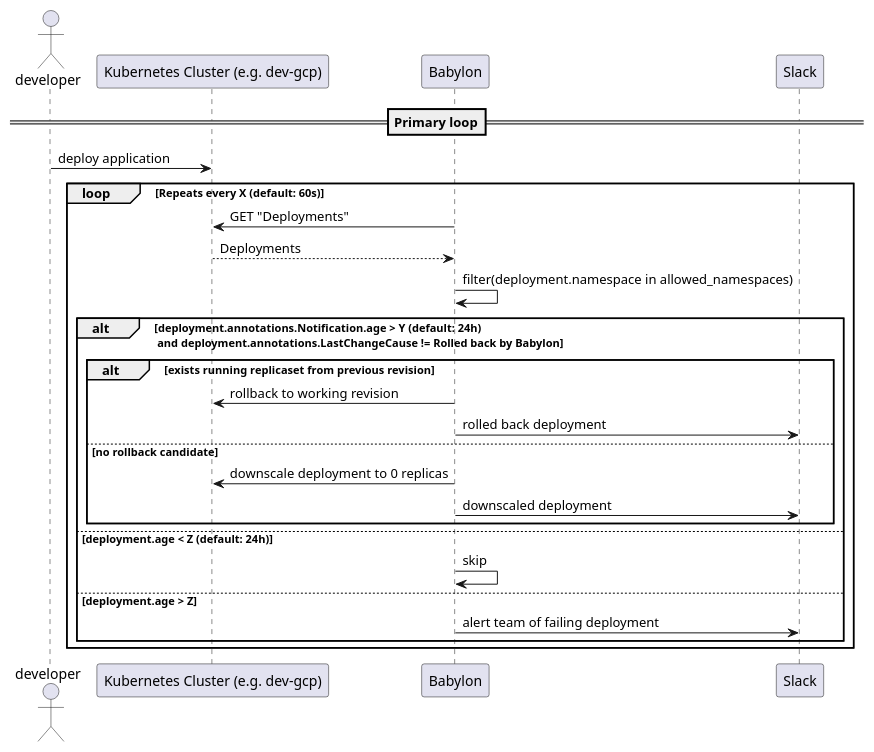
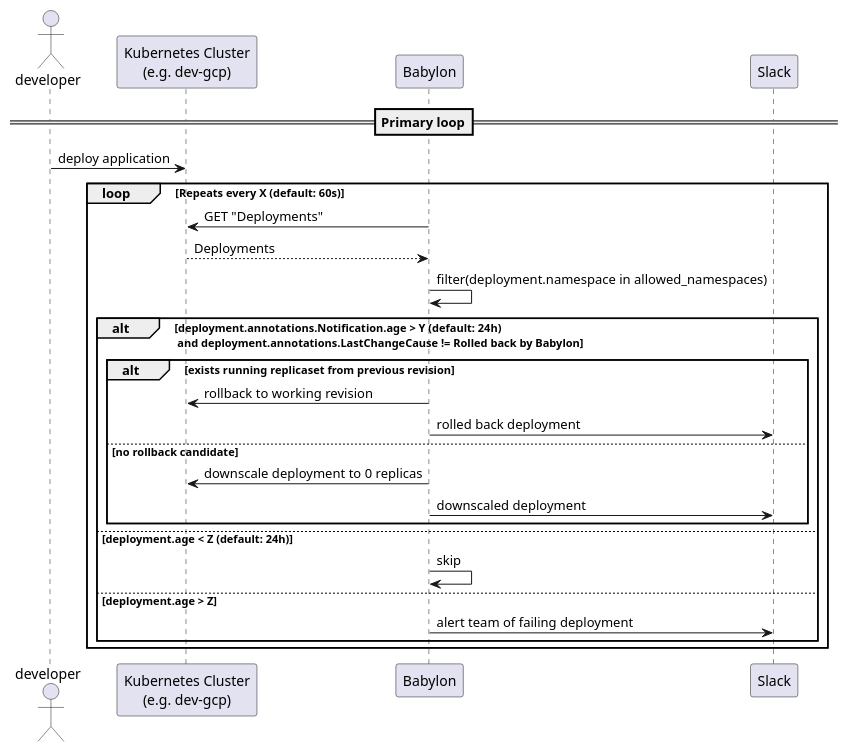
Before and after one commit to nais/babylon: the diagram in docs/flow.puml, drawn with PlantUML. The commit also changed 1 other file, not shown here.

```diff
--- a/docs/flow.puml
+++ b/docs/flow.puml
@@ -1,37 +1,37 @@
 @startuml babylon-flow 
 actor developer as developer
-participant k8s as "Kubernetes Cluster (e.g. dev-gcp)"
+participant k8s as "Kubernetes Cluster\n(e.g. dev-gcp)"
 participant babylon as "Babylon"
 participant alertmanager as "Slack"
 ==Primary loop==
 developer -> k8s: deploy application 
 loop Repeats every X (default: 60s)
 babylon -> k8s: GET "Deployments"
 return Deployments
 babylon -> babylon: filter(deployment.namespace in allowed_namespaces)
 
 alt deployment.annotations.Notification.age > Y (default: 24h) \n and deployment.annotations.LastChangeCause != Rolled back by Babylon
 
     alt exists running replicaset from previous revision
         
         babylon -> k8s: rollback to working revision
         babylon -> alertmanager: rolled back deployment
 
     else no rollback candidate
 
         babylon -> k8s: downscale deployment to 0 replicas
         babylon -> alertmanager: downscaled deployment
 
     end
 
 else deployment.age < Z (default: 24h)
     
     babylon -> babylon: skip
 
 else deployment.age > Z
 
     babylon -> alertmanager: alert team of failing deployment
 end
 
 end
 @enduml
```
